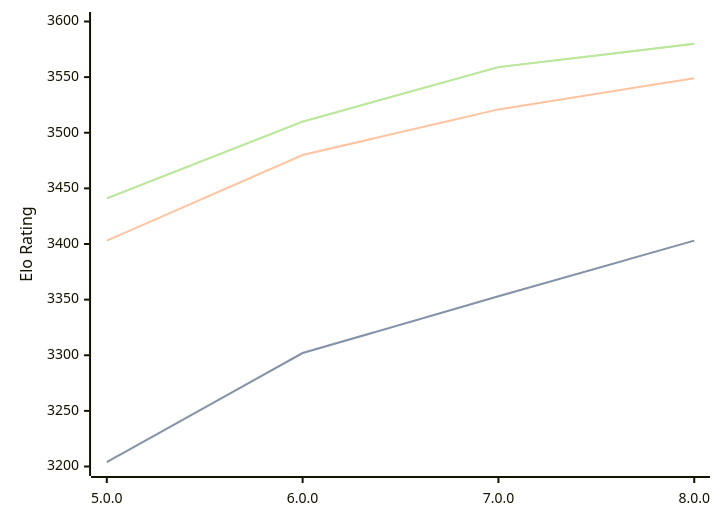
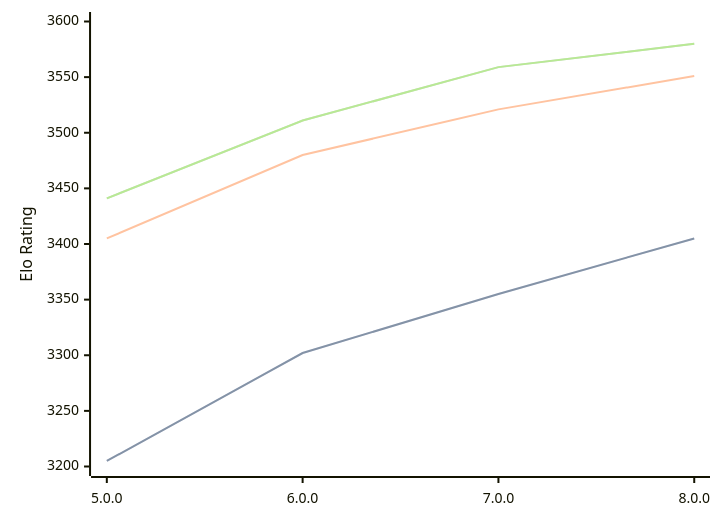
Before and after one commit to computer-chess-index/cci: the diagram in engines/Stormphrax.md, drawn with Mermaid. The commit also changed other lines of this file, not shown here.

Commit message:
Update CCI Ratings (ELO VLTC) - 2026-09-13

````diff
--- a/engines/Stormphrax.md
+++ b/engines/Stormphrax.md
@@ -34,11 +34,11 @@
 ```mermaid
 %%{init: {"theme":"base","themeVariables":{"seriesColors:['#a3a3a3','#222221','#faa371']}}}%%
 xychart-beta
   x-axis ["5.0.0", "6.0.0", "7.0.0", "8.0.0"]
   y-axis "Elo Rating" 3200 --> 3600
-  line "" [3204, 3302, 3353, 3403]
-  line "STC (8.0+0.08s)" [3204, 3302, 3353, 3403]
-  line "LTC (60.0+0.60s)" [3403, 3480, 3521, 3549]
-  line "" [3441, 3510, 3559, 3580]
-  line "VLTC (2m24s+1.12s)" [3441, 3510, 3559, 3580]
+  line "" [3205, 3302, 3355, 3405]
+  line "STC (8.0+0.08s)" [3205, 3302, 3355, 3405]
+  line "LTC (60.0+0.60s)" [3405, 3480, 3521, 3551]
+  line "" [3441, 3511, 3559, 3580]
+  line "VLTC (2m24s+1.12s)" [3441, 3511, 3559, 3580]
 ```
````
